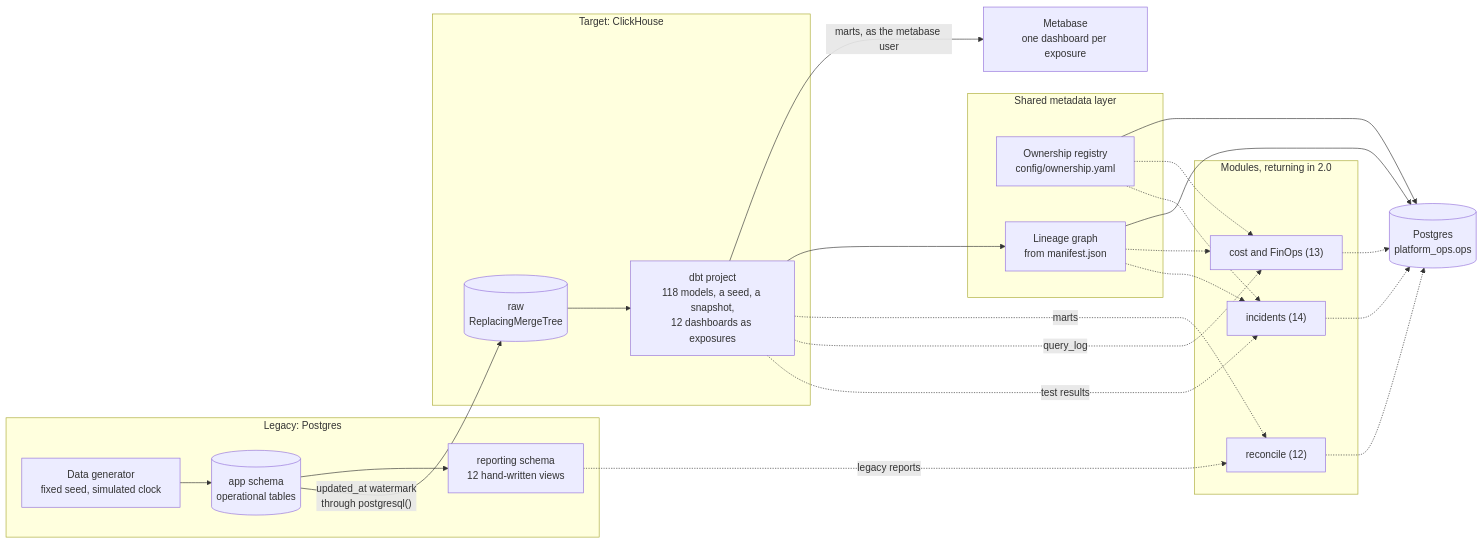
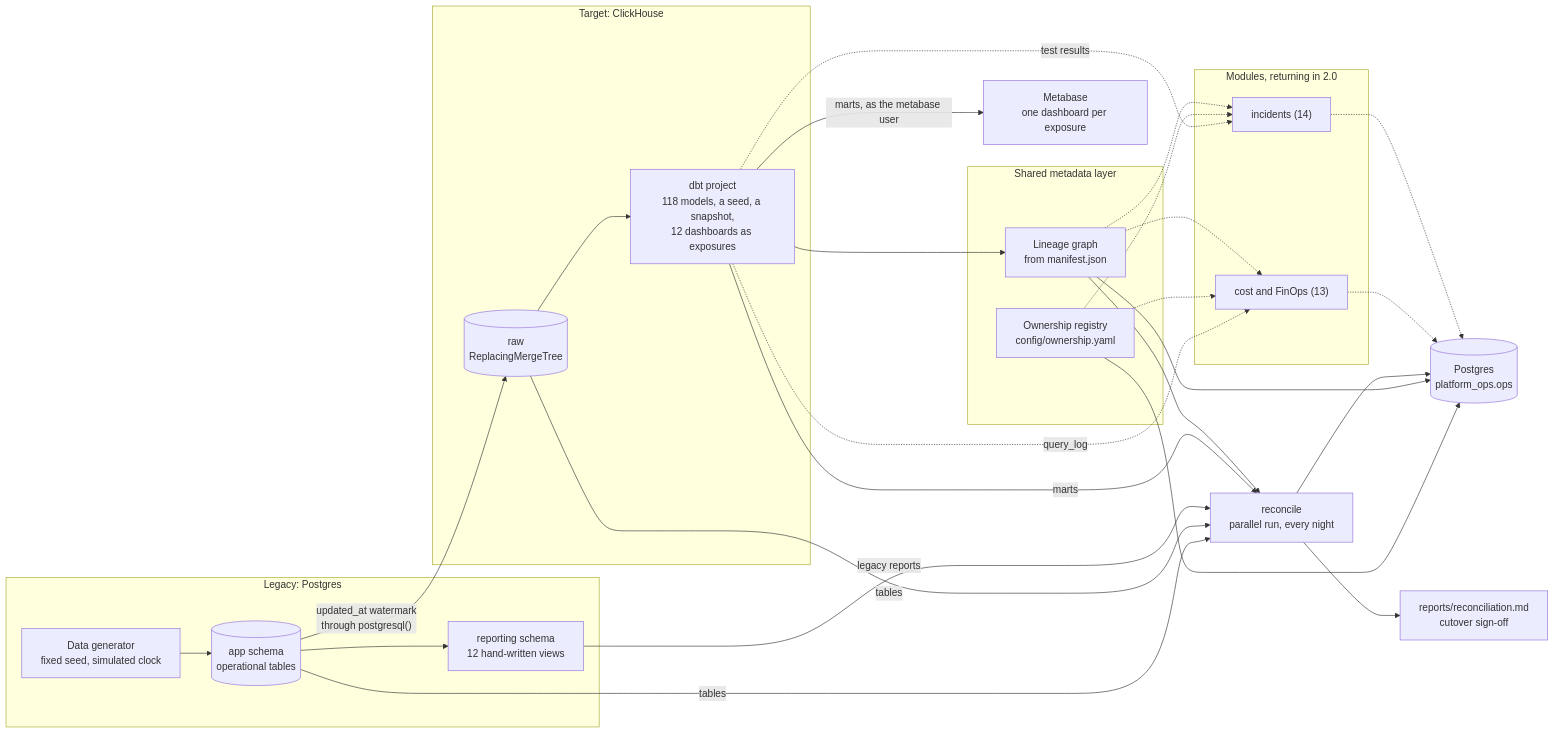
Before and after one commit to nguyenngocthien0206/data-platform-ops: the diagram in README.md, drawn with Mermaid. The commit also changed other lines of this file and 7 other files, not shown here.

Commit message:
docs: adr 0017, the parallel run in the readmes, phase 12 record

````diff
--- a/README.md
+++ b/README.md
@@ -33,36 +33,42 @@
 ```mermaid
 flowchart LR
     subgraph legacy["Legacy: Postgres"]
         gen["Data generator<br/>fixed seed, simulated clock"] --> app[("app schema<br/>operational tables")]
         app --> rep["reporting schema<br/>12 hand-written views"]
     end
 
     subgraph warehouse["Target: ClickHouse"]
         raw[("raw<br/>ReplacingMergeTree")] --> dbt["dbt project<br/>118 models, a seed, a snapshot,<br/>12 dashboards as exposures"]
     end
 
     dbt -- "marts, as the metabase user" --> mb["Metabase<br/>one dashboard per exposure"]
 
     app -- "updated_at watermark<br/>through postgresql()" --> raw
 
     subgraph meta["Shared metadata layer"]
         reg["Ownership registry<br/>config/ownership.yaml"]
         lin["Lineage graph<br/>from manifest.json"]
     end
 
     dbt --> lin
     reg & lin --> ops[("Postgres<br/>platform_ops.ops")]
 
+    rec["reconcile<br/>parallel run, every night"]
+    app -- "tables" --> rec
+    raw -- "tables" --> rec
+    rep -- "legacy reports" --> rec
+    dbt -- "marts" --> rec
+    lin --> rec
+    rec --> ops
+    rec --> signoff["reports/reconciliation.md<br/>cutover sign-off"]
+
     subgraph modules["Modules, returning in 2.0"]
-        rec["reconcile (12)"]
         cost["cost and FinOps (13)"]
         inc["incidents (14)"]
     end
 
-    rep -. legacy reports .-> rec
-    dbt -. marts .-> rec
     dbt -. query_log .-> cost
     dbt -. test results .-> inc
     reg & lin -.-> cost & inc
-    rec & cost & inc -.-> ops
+    cost & inc -.-> ops
 ```
````
